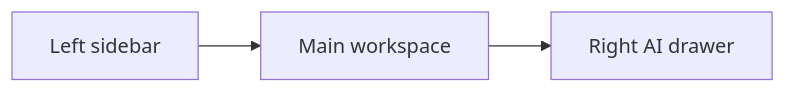
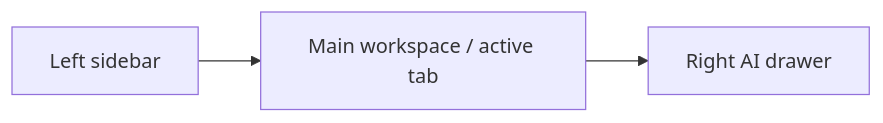
One commit to SaathiAI/PrivateSkedio changed the second of 11 diagrams in Weekly-Study-Planner/frontend_diagram.md. Above: the diagram before and after it, drawn with Mermaid. The commit also changed other lines of this file and 7 other files, not shown here.

````diff
--- a/Weekly-Study-Planner/frontend_diagram.md
+++ b/Weekly-Study-Planner/frontend_diagram.md
@@ -30,9 +31,9 @@
 ```mermaid
 flowchart LR
     Sidebar["Left sidebar"]
-    Workspace["Main workspace"]
+    Workspace["Main workspace / active tab"]
     Drawer["Right AI drawer"]
 
     Sidebar --> Workspace
     Workspace --> Drawer
 ```
````
